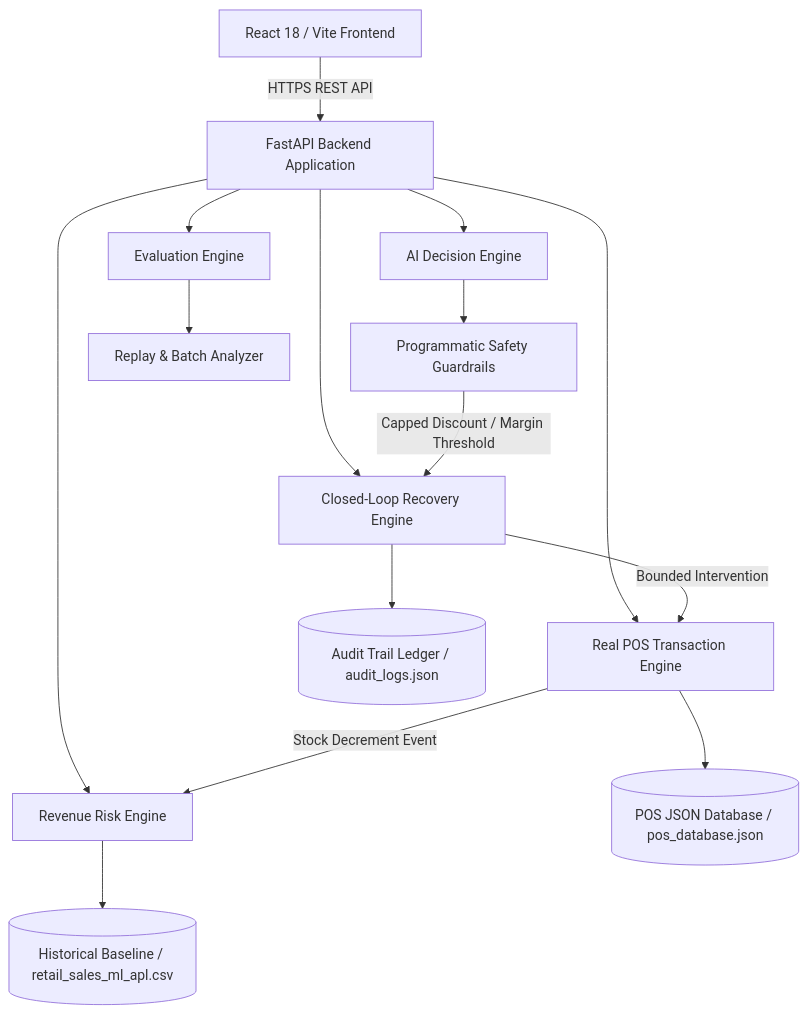
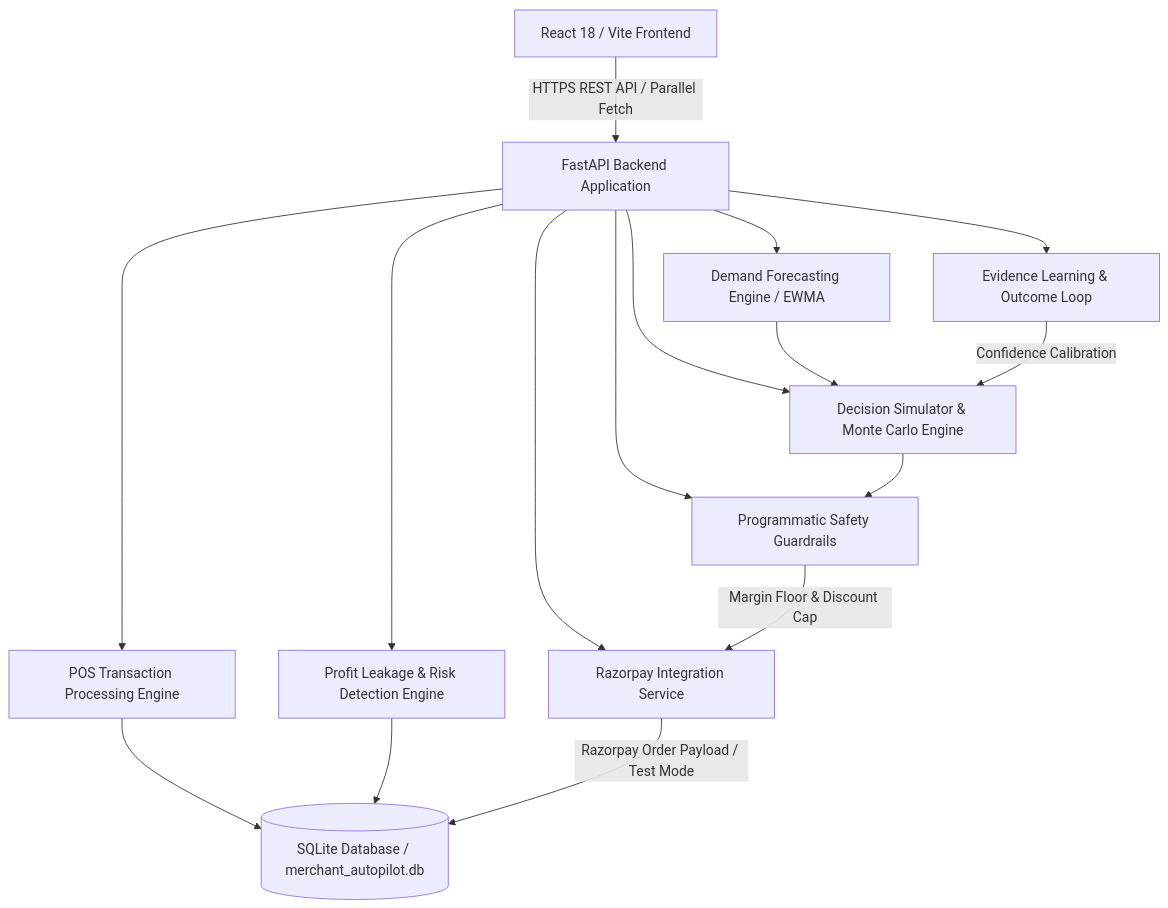
The diagram in docs/ARCHITECTURE.md (Sanjay34598/merchent-revenue-automation), drawn with Mermaid before and after one commit. The commit also changed other lines of this file and 3 other files, not shown here.

Commit message:
docs: update project README and architecture documentation while initializing core data storage logs

````diff
--- a/docs/ARCHITECTURE.md
+++ b/docs/ARCHITECTURE.md
@@ -5,19 +5,19 @@
 ```mermaid
 graph TD
-    A[React 18 / Vite Frontend] -->|HTTPS REST API| B[FastAPI Backend Application]
-    B --> C[Real POS Transaction Engine]
-    B --> D[Revenue Risk Engine]
-    B --> E[AI Decision Engine]
-    B --> F[Closed-Loop Recovery Engine]
-    B --> G[Evaluation Engine]
+    A[React 18 / Vite Frontend] -->|HTTPS REST API / Parallel Fetch| B[FastAPI Backend Application]
+    B --> C[POS Transaction Processing Engine]
+    B --> D[Profit Leakage & Risk Detection Engine]
+    B --> E[Demand Forecasting Engine / EWMA]
+    B --> F[Decision Simulator & Monte Carlo Engine]
+    B --> G[Programmatic Safety Guardrails]
+    B --> H[Razorpay Integration Service]
+    B --> I[Evidence Learning & Outcome Loop]
     
-    C --> H[(POS JSON Database / pos_database.json)]
-    D --> I[(Historical Baseline / retail_sales_ml_apl.csv)]
-    E --> J[Programmatic Safety Guardrails]
-    F --> K[(Audit Trail Ledger / audit_logs.json)]
-    G --> L[Replay & Batch Analyzer]
-
-    J -->|Capped Discount / Margin Threshold| F
-    C -->|Stock Decrement Event| D
-    F -->|Bounded Intervention| C
+    C --> J[(SQLite Database / merchant_autopilot.db)]
+    D --> J
+    E --> F
+    F --> G
+    G -->|Margin Floor & Discount Cap| H
+    H -->|Razorpay Order Payload / Test Mode| J
+    I -->|Confidence Calibration| F
 ```
````
